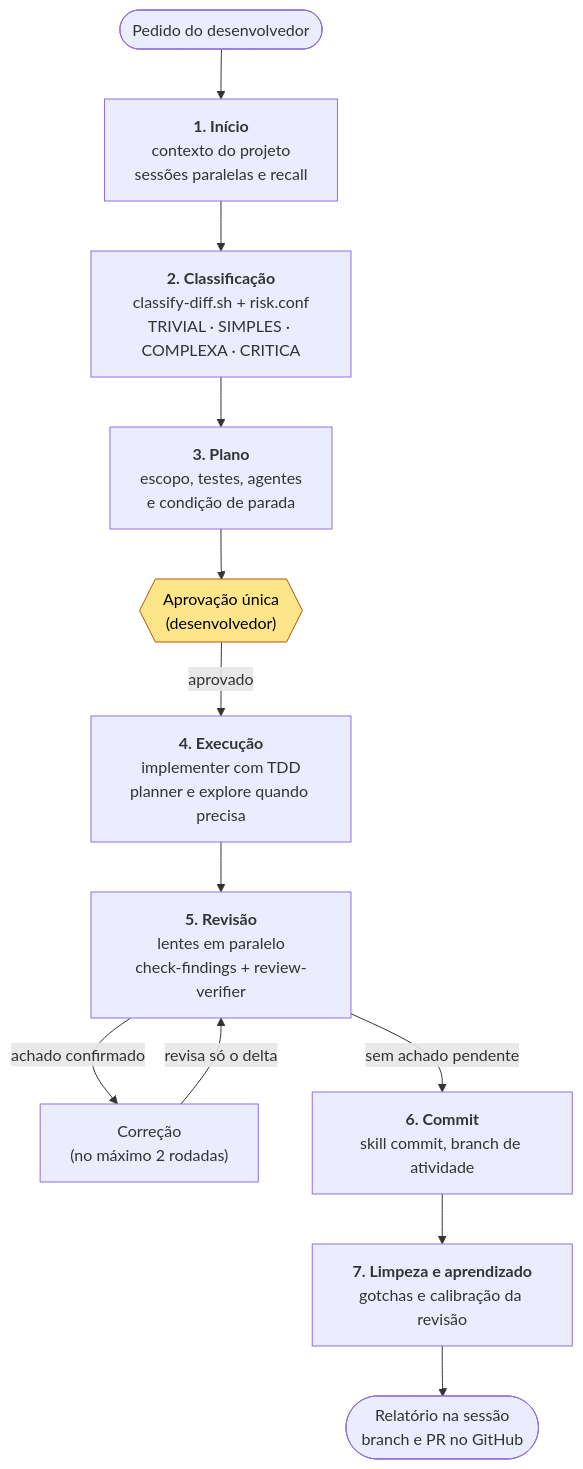
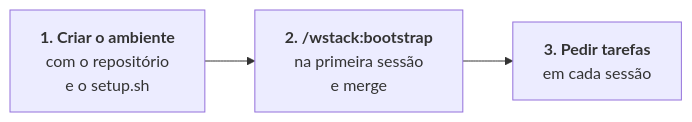
Before and after one commit to wesllenm/wstack: the third of 3 diagrams in README.md, drawn with Mermaid. The commit also changed other lines of this file, not shown here.

First line of the commit message:
docs: simplificar os diagramas do README (#20)

````diff
--- a/README.md
+++ b/README.md
@@ -80,17 +90,4 @@
 ```mermaid
-flowchart TD
-    A([Pedido do desenvolvedor]) --> B["<b>1. Início</b><br/>contexto do projeto<br/>sessões paralelas e recall"]
-    B --> C["<b>2. Classificação</b><br/>classify-diff.sh + risk.conf<br/>TRIVIAL · SIMPLES · COMPLEXA · CRITICA"]
-    C --> D["<b>3. Plano</b><br/>escopo, testes, agentes<br/>e condição de parada"]
-    D --> E{{"Aprovação única<br/>(desenvolvedor)"}}
-    E -->|aprovado| F["<b>4. Execução</b><br/>implementer com TDD<br/>planner e explore quando precisa"]
-    F --> G["<b>5. Revisão</b><br/>lentes em paralelo<br/>check-findings + review-verifier"]
-    G -->|achado confirmado| H["Correção<br/>(no máximo 2 rodadas)"]
-    H -->|revisa só o delta| G
-    G -->|sem achado pendente| I["<b>6. Commit</b><br/>skill commit, branch de atividade"]
-    I --> J["<b>7. Limpeza e aprendizado</b><br/>gotchas e calibração da revisão"]
-    J --> K(["Relatório na sessão<br/>branch e PR no GitHub"])
-
-    classDef humano fill:#fde68a,stroke:#b45309,color:#000
-    class E humano
+flowchart LR
+    A["<b>1. Criar o ambiente</b><br/>com o repositório<br/>e o setup.sh"] --> B["<b>2. /wstack:bootstrap</b><br/>na primeira sessão<br/>e merge"] --> C["<b>3. Pedir tarefas</b><br/>em cada sessão"]
 ```
````
